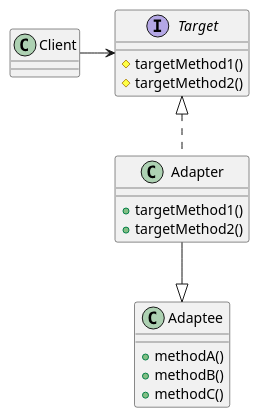
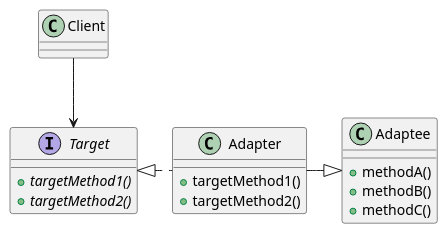
One commit to jsyang-dev/study-designpattern changed the diagram in src/me/study/pattern/adapter/Adapter1.puml. Above: the diagram before and after it, drawn with PlantUML. The commit also changed 7 other files, not shown here.

First line of the commit message:
기능: 클래스 다이어그램 수정

```diff
--- a/src/me/study/pattern/adapter/Adapter1.puml
+++ b/src/me/study/pattern/adapter/Adapter1.puml
@@ -1,23 +1,23 @@
 @startuml
 
 class Client {
 }
 interface Target {
-    #targetMethod1()
-    #targetMethod2()
+    +{abstract} targetMethod1()
+    +{abstract} targetMethod2()
 }
 class Adapter {
     +targetMethod1()
     +targetMethod2()
 }
 class Adaptee {
     +methodA()
     +methodB()
     +methodC()
 }
 
-Client -> Target
-Target <|.. Adapter
-Adapter --|> Adaptee
+Client --> Target
+Target <|. Adapter
+Adapter -|> Adaptee
 
 @enduml
```
